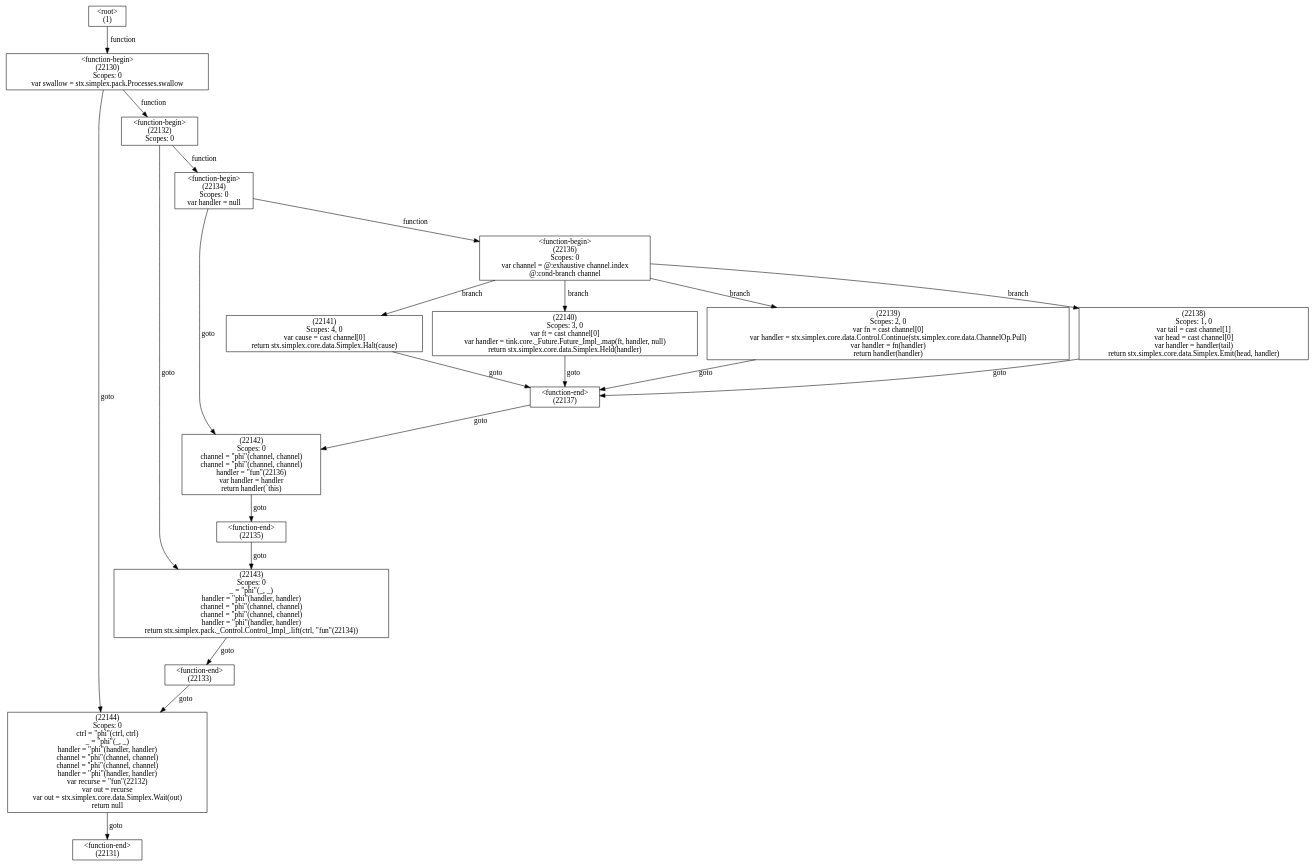
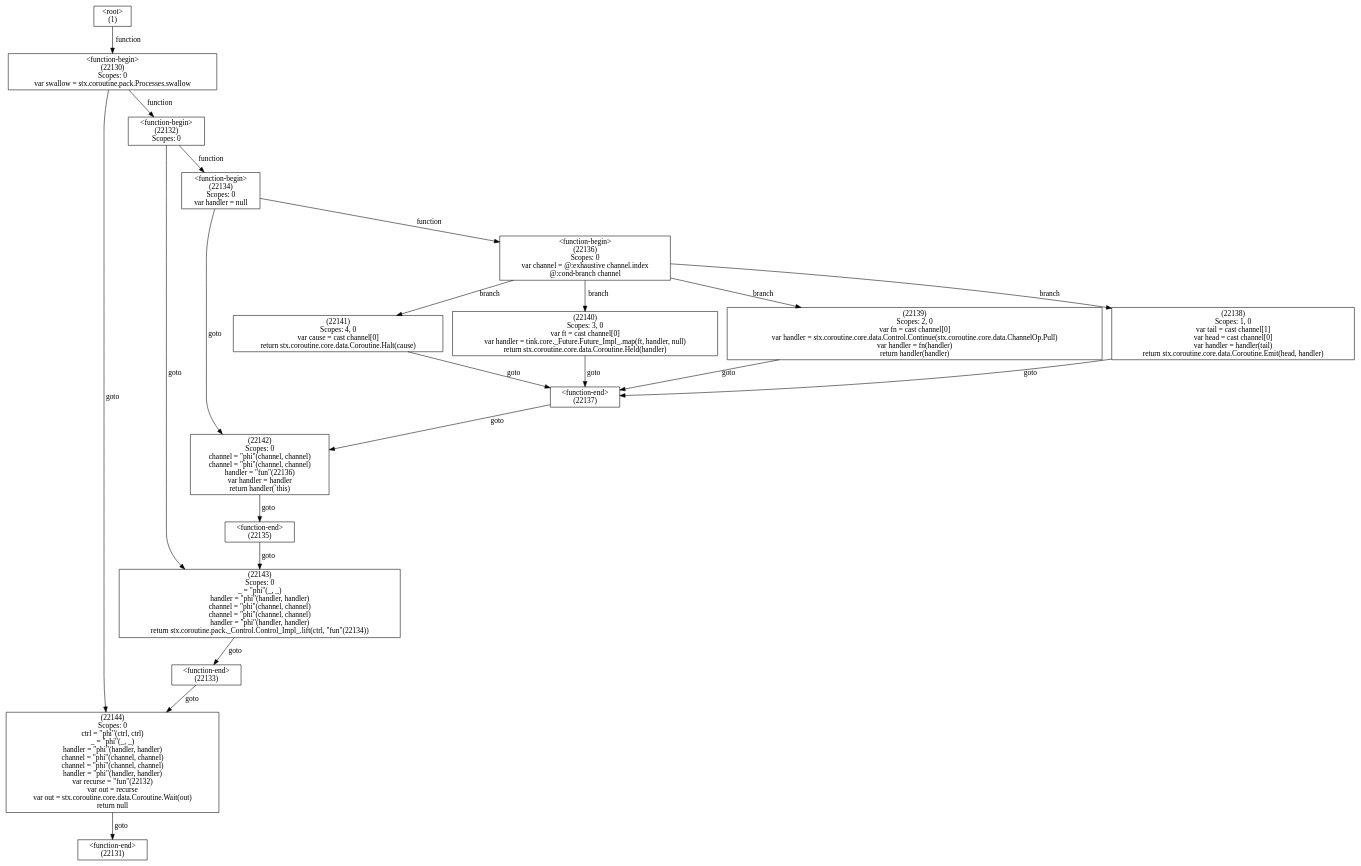
The diagram in dump/neko/stx/simplex/pack/channel/_LIFO/LIFO_Impl_.toSource-cfg.dot (ohmrun/stx_coroutine), drawn with Graphviz before and after one commit. The commit also changed 102 other files, not shown here.

Commit message:
simplex -> coroutine

```diff
--- a/dump/neko/stx/simplex/pack/channel/_LIFO/LIFO_Impl_.toSource-cfg.dot
+++ b/dump/neko/stx/simplex/pack/channel/_LIFO/LIFO_Impl_.toSource-cfg.dot
@@ -1,48 +1,48 @@
 digraph graphname {
-n22144 [shape=box,label="(22144)\nScopes: 0\nctrl = \"phi\"(ctrl, ctrl)\n_ = \"phi\"(_, _)\nhandler = \"phi\"(handler, handler)\nchannel = \"phi\"(channel, channel)\nchannel = \"phi\"(channel, channel)\nhandler = \"phi\"(handler, handler)\nvar recurse = \"fun\"(22132)\nvar out = recurse\nvar out = stx.simplex.core.data.Simplex.Wait(out)\nreturn null"];
-n22143 [shape=box,label="(22143)\nScopes: 0\n_ = \"phi\"(_, _)\nhandler = \"phi\"(handler, handler)\nchannel = \"phi\"(channel, channel)\nchannel = \"phi\"(channel, channel)\nhandler = \"phi\"(handler, handler)\nreturn stx.simplex.pack._Control.Control_Impl_.lift(ctrl, \"fun\"(22134))"];
+n22144 [shape=box,label="(22144)\nScopes: 0\nctrl = \"phi\"(ctrl, ctrl)\n_ = \"phi\"(_, _)\nhandler = \"phi\"(handler, handler)\nchannel = \"phi\"(channel, channel)\nchannel = \"phi\"(channel, channel)\nhandler = \"phi\"(handler, handler)\nvar recurse = \"fun\"(22132)\nvar out = recurse\nvar out = stx.coroutine.core.data.Coroutine.Wait(out)\nreturn null"];
+n22143 [shape=box,label="(22143)\nScopes: 0\n_ = \"phi\"(_, _)\nhandler = \"phi\"(handler, handler)\nchannel = \"phi\"(channel, channel)\nchannel = \"phi\"(channel, channel)\nhandler = \"phi\"(handler, handler)\nreturn stx.coroutine.pack._Control.Control_Impl_.lift(ctrl, \"fun\"(22134))"];
 n22142 [shape=box,label="(22142)\nScopes: 0\nchannel = \"phi\"(channel, channel)\nchannel = \"phi\"(channel, channel)\nhandler = \"fun\"(22136)\nvar handler = handler\nreturn handler(`this)"];
-n22141 [shape=box,label="(22141)\nScopes: 4, 0\nvar cause = cast channel[0]\nreturn stx.simplex.core.data.Simplex.Halt(cause)"];
-n22140 [shape=box,label="(22140)\nScopes: 3, 0\nvar ft = cast channel[0]\nvar handler = tink.core._Future.Future_Impl_.map(ft, handler, null)\nreturn stx.simplex.core.data.Simplex.Held(handler)"];
-n22139 [shape=box,label="(22139)\nScopes: 2, 0\nvar fn = cast channel[0]\nvar handler = stx.simplex.core.data.Control.Continue(stx.simplex.core.data.ChannelOp.Pull)\nvar handler = fn(handler)\nreturn handler(handler)"];
-n22138 [shape=box,label="(22138)\nScopes: 1, 0\nvar tail = cast channel[1]\nvar head = cast channel[0]\nvar handler = handler(tail)\nreturn stx.simplex.core.data.Simplex.Emit(head, handler)"];
+n22141 [shape=box,label="(22141)\nScopes: 4, 0\nvar cause = cast channel[0]\nreturn stx.coroutine.core.data.Coroutine.Halt(cause)"];
+n22140 [shape=box,label="(22140)\nScopes: 3, 0\nvar ft = cast channel[0]\nvar handler = tink.core._Future.Future_Impl_.map(ft, handler, null)\nreturn stx.coroutine.core.data.Coroutine.Held(handler)"];
+n22139 [shape=box,label="(22139)\nScopes: 2, 0\nvar fn = cast channel[0]\nvar handler = stx.coroutine.core.data.Control.Continue(stx.coroutine.core.data.ChannelOp.Pull)\nvar handler = fn(handler)\nreturn handler(handler)"];
+n22138 [shape=box,label="(22138)\nScopes: 1, 0\nvar tail = cast channel[1]\nvar head = cast channel[0]\nvar handler = handler(tail)\nreturn stx.coroutine.core.data.Coroutine.Emit(head, handler)"];
 n22137 [shape=box,label="<function-end>
 (22137)"];
 n22136 [shape=box,label="<function-begin>
 (22136)\nScopes: 0\nvar channel = @:exhaustive channel.index\n@:cond-branch channel"];
 n22135 [shape=box,label="<function-end>
 (22135)"];
 n22134 [shape=box,label="<function-begin>
 (22134)\nScopes: 0\nvar handler = null"];
 n22133 [shape=box,label="<function-end>
 (22133)"];
 n22132 [shape=box,label="<function-begin>
 (22132)\nScopes: 0"];
 n22131 [shape=box,label="<function-end>
 (22131)"];
 n22130 [shape=box,label="<function-begin>
-(22130)\nScopes: 0\nvar swallow = stx.simplex.pack.Processes.swallow"];
+(22130)\nScopes: 0\nvar swallow = stx.coroutine.pack.Processes.swallow"];
 n1 [shape=box,label="<root>
 (1)"];
 n1 -> n22130[label="function"];
 n22130 -> n22144[label="goto"];
 n22130 -> n22132[label="function"];
 n22132 -> n22143[label="goto"];
 n22132 -> n22134[label="function"];
 n22134 -> n22142[label="goto"];
 n22134 -> n22136[label="function"];
 n22136 -> n22141[label="branch"];
 n22136 -> n22140[label="branch"];
 n22136 -> n22139[label="branch"];
 n22136 -> n22138[label="branch"];
 n22138 -> n22137[label="goto"];
 n22139 -> n22137[label="goto"];
 n22140 -> n22137[label="goto"];
 n22137 -> n22142[label="goto"];
 n22141 -> n22137[label="goto"];
 n22142 -> n22135[label="goto"];
 n22135 -> n22143[label="goto"];
 n22143 -> n22133[label="goto"];
 n22133 -> n22144[label="goto"];
 n22144 -> n22131[label="goto"];
 }
```
